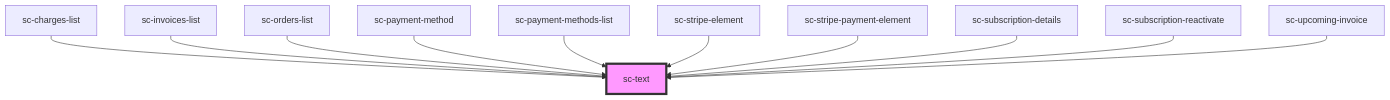
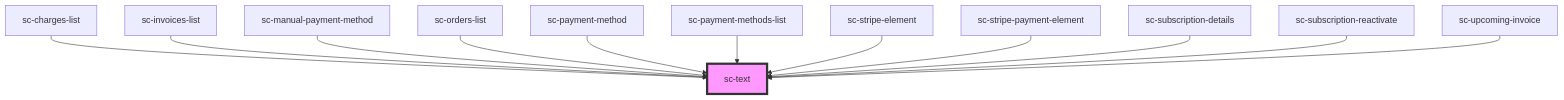
The diagram in packages/components/src/components/ui/text/readme.md (surecart/surecart-wp-plugin), drawn with Mermaid before and after one commit. The commit also changed other lines of this file and 14 other files, not shown here.

Commit message:
Added Manual Payment method in merchant subscription display & also added ability to update to manual payment method

````diff
--- a/packages/components/src/components/ui/text/readme.md
+++ b/packages/components/src/components/ui/text/readme.md
@@ -32,14 +33,15 @@
 ```mermaid
 graph TD;
   sc-charges-list --> sc-text
   sc-invoices-list --> sc-text
+  sc-manual-payment-method --> sc-text
   sc-orders-list --> sc-text
   sc-payment-method --> sc-text
   sc-payment-methods-list --> sc-text
   sc-stripe-element --> sc-text
   sc-stripe-payment-element --> sc-text
   sc-subscription-details --> sc-text
   sc-subscription-reactivate --> sc-text
   sc-upcoming-invoice --> sc-text
   style sc-text fill:#f9f,stroke:#333,stroke-width:4px
 ```
````
